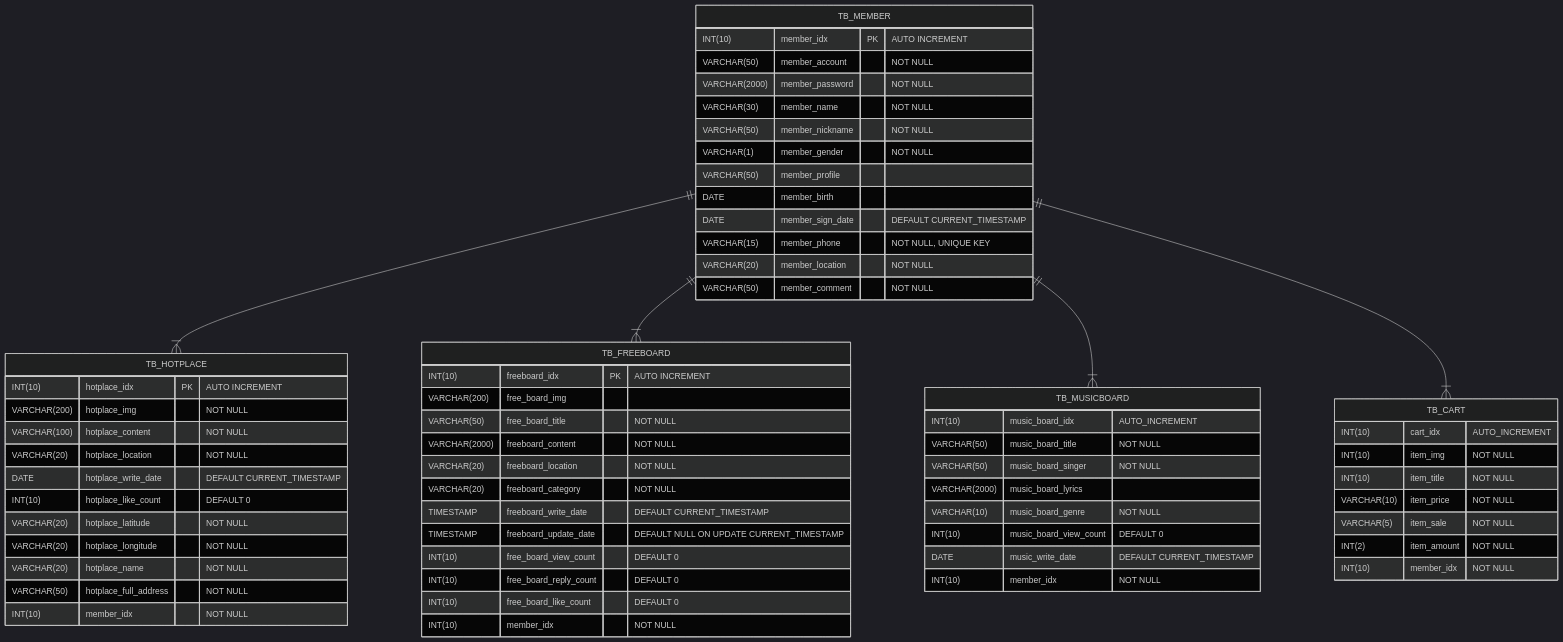
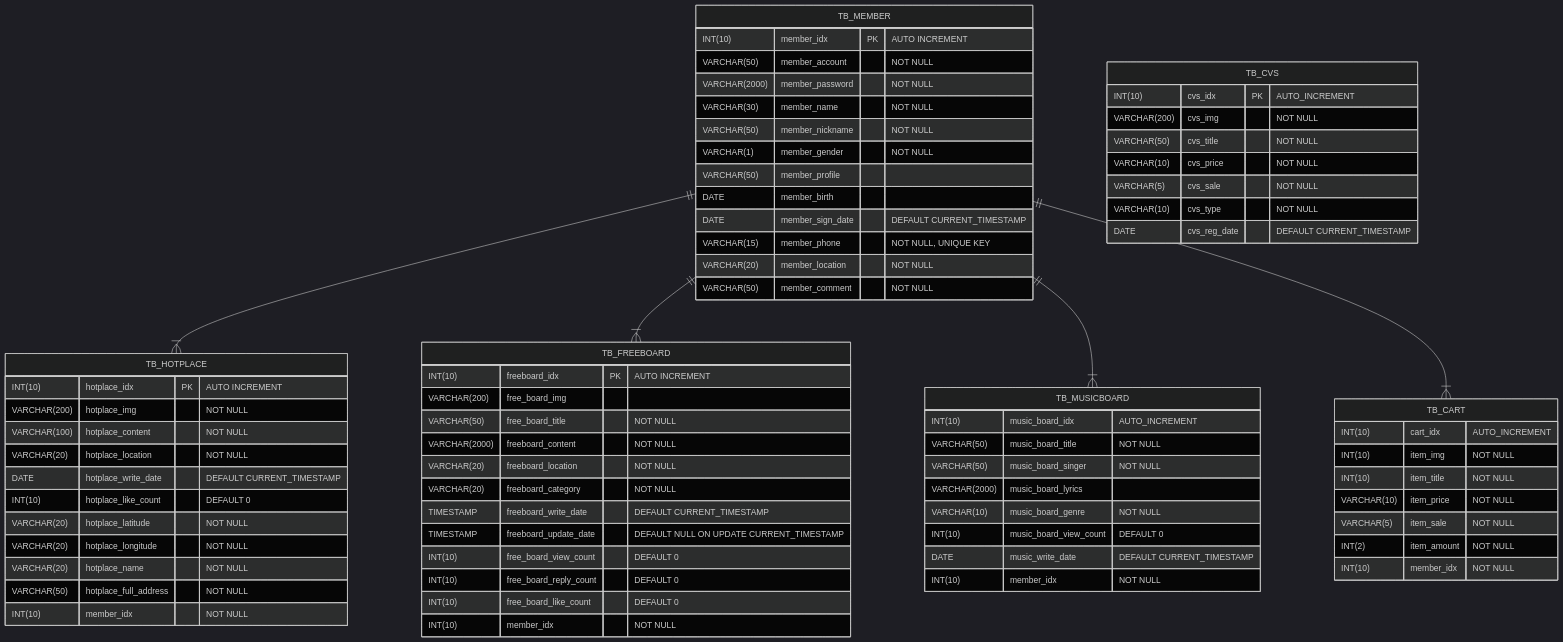
The diagram in README.md (Connect-Dots-Project/BackEnd), drawn with Mermaid (dark theme) before and after one commit.

Commit message:
[feature] added cvs table

````diff
--- a/README.md
+++ b/README.md
@@ -1,73 +1,81 @@
 ```mermaid
 erDiagram 
     TB_MEMBER||--|{TB_HOTPLACE :""
     TB_MEMBER{
         INT(10) member_idx PK "AUTO INCREMENT"
         VARCHAR(50) member_account "NOT NULL"
         VARCHAR(2000) member_password "NOT NULL"
         VARCHAR(30) member_name "NOT NULL"
         VARCHAR(50) member_nickname "NOT NULL"
         VARCHAR(1) member_gender "NOT NULL"
         VARCHAR(50) member_profile
         DATE member_birth 
         DATE member_sign_date "DEFAULT CURRENT_TIMESTAMP"
         VARCHAR(15) member_phone "NOT NULL, UNIQUE KEY"
         VARCHAR(20) member_location "NOT NULL"
         VARCHAR(50) member_comment "NOT NULL"
     }
     
     TB_HOTPLACE{
         INT(10) hotplace_idx PK "AUTO INCREMENT"
         VARCHAR(200) hotplace_img "NOT NULL"
         VARCHAR(100) hotplace_content "NOT NULL"
         VARCHAR(20) hotplace_location "NOT NULL"
         DATE hotplace_write_date "DEFAULT CURRENT_TIMESTAMP"
         INT(10) hotplace_like_count "DEFAULT 0"
         VARCHAR(20) hotplace_latitude "NOT NULL"
         VARCHAR(20)  hotplace_longitude "NOT NULL"
         VARCHAR(20) hotplace_name "NOT NULL"
         VARCHAR(50) hotplace_full_address "NOT NULL"
         INT(10) member_idx "NOT NULL"
     }
     TB_MEMBER||--|{TB_FREEBOARD :""
     
     TB_FREEBOARD{
         INT(10) freeboard_idx PK "AUTO INCREMENT"
         VARCHAR(200) free_board_img
         VARCHAR(50) free_board_title "NOT NULL"
         VARCHAR(2000) freeboard_content "NOT NULL"
         VARCHAR(20) freeboard_location "NOT NULL"
         VARCHAR(20) freeboard_category "NOT NULL"
         TIMESTAMP freeboard_write_date "DEFAULT CURRENT_TIMESTAMP"
         TIMESTAMP freeboard_update_date "DEFAULT NULL ON UPDATE CURRENT_TIMESTAMP"
         INT(10) free_board_view_count "DEFAULT 0"
         INT(10) free_board_reply_count "DEFAULT 0"
         INT(10) free_board_like_count "DEFAULT 0"
         INT(10) member_idx "NOT NULL"
     }
     TB_MEMBER||--|{TB_MUSICBOARD :""
     
     TB_MUSICBOARD{
     INT(10) music_board_idx "AUTO_INCREMENT"
     VARCHAR(50) music_board_title "NOT NULL"
     VARCHAR(50) music_board_singer  "NOT NULL"
     VARCHAR(2000) music_board_lyrics 
     VARCHAR(10) music_board_genre  "NOT NULL"
     INT(10) music_board_view_count "DEFAULT 0"
     DATE music_write_date "DEFAULT CURRENT_TIMESTAMP"
     INT(10) member_idx "NOT NULL"
     }
     TB_MEMBER||--|{TB_CART :""
     
     TB_CART{
     INT(10) cart_idx "AUTO_INCREMENT"
     INT(10) item_img "NOT NULL"
     INT(10) item_title   "NOT NULL"
     VARCHAR(10) item_price  "NOT NULL"
     VARCHAR(5) item_sale  "NOT NULL"
     INT(2) item_amount  "NOT NULL"
     INT(10) member_idx "NOT NULL"
     }
-    
-    
+
+    TB_CVS{
+    INT(10) cvs_idx PK "AUTO_INCREMENT"
+    VARCHAR(200) cvs_img "NOT NULL"
+    VARCHAR(50) cvs_title "NOT NULL"
+    VARCHAR(10) cvs_price "NOT NULL"
+    VARCHAR(5) cvs_sale "NOT NULL"
+    VARCHAR(10) cvs_type "NOT NULL"
+    DATE cvs_reg_date "DEFAULT CURRENT_TIMESTAMP"
+    }
 ```
````
